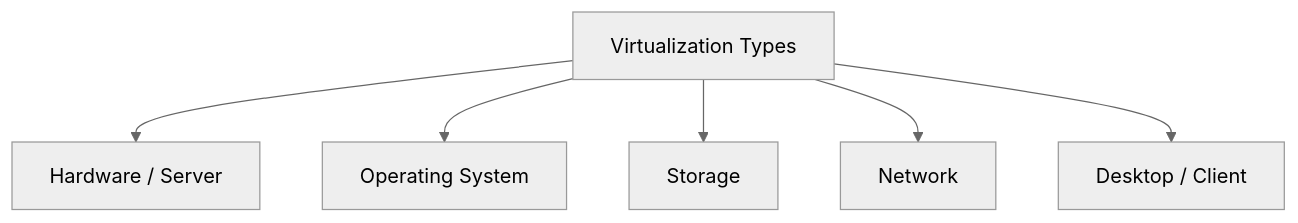
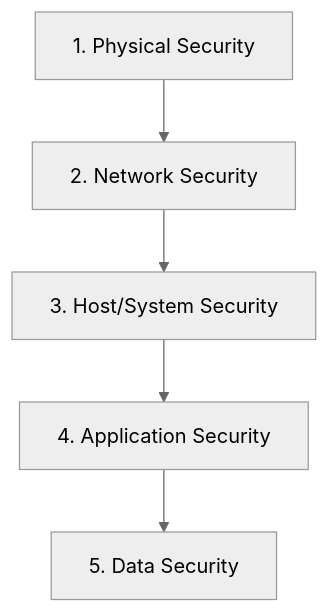
Before and after one commit to rajesh00618/Titanic-Survival: the diagram in README.md, drawn with Mermaid (neutral theme). The commit also changed other lines of this file, not shown here.

````diff
--- a/README.md
+++ b/README.md
@@ -51,8 +40,7 @@
 ```mermaid
 graph TD
-    A[Virtualization Types] --> B[Hardware / Server]
-    A --> C[Operating System]
-    A --> D[Storage]
-    A --> E[Network]
-    A --> F[Desktop / Client]
+    A[1. Physical Security] --> B[2. Network Security]
+    B --> C[3. Host/System Security]
+    C --> D[4. Application Security]
+    D --> E[5. Data Security]
 ```
````
